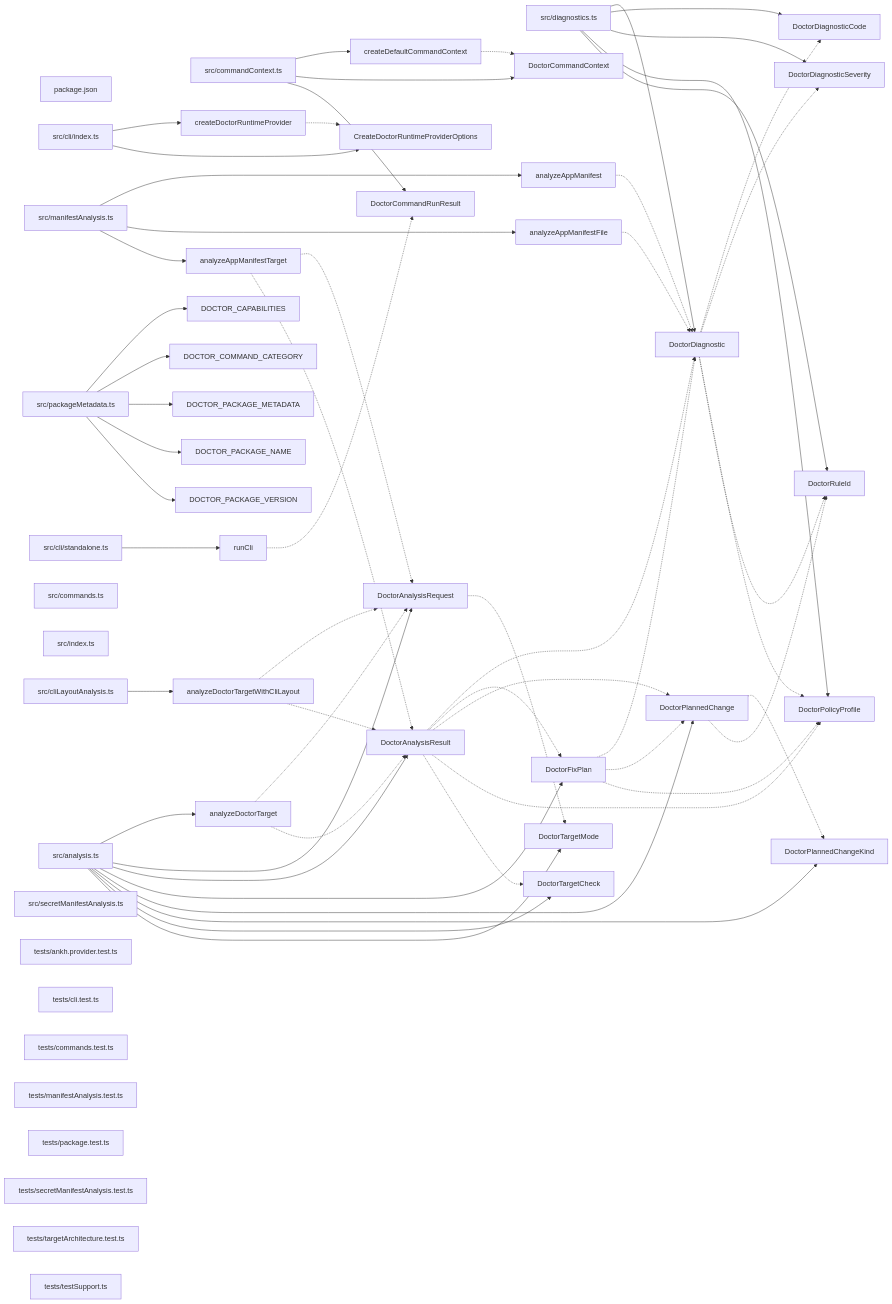
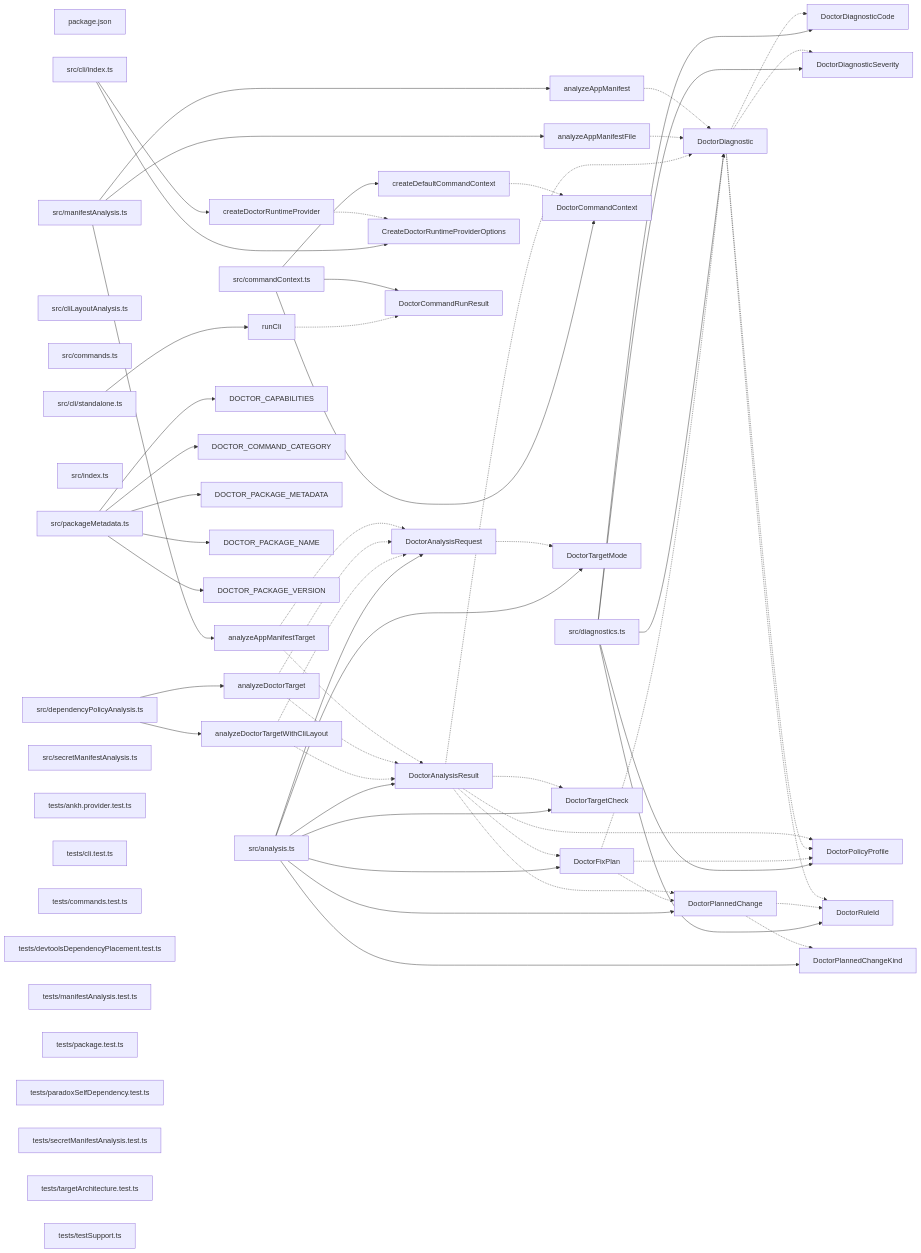
One commit to ankhorage/doctor changed the diagram in paradox/diagrams/export-graph.mmd. Above: the diagram before and after it, drawn with Mermaid. The commit also changed 9 other files, not shown here.

```diff
--- a/paradox/diagrams/export-graph.mmd
+++ b/paradox/diagrams/export-graph.mmd
@@ -1,103 +1,106 @@
 graph LR
   module_package_json["package.json"]
   module_src_analysis_ts["src/analysis.ts"]
   module_src_cli_index_ts["src/cli/index.ts"]
   module_src_cli_standalone_ts["src/cli/standalone.ts"]
   module_src_cliLayoutAnalysis_ts["src/cliLayoutAnalysis.ts"]
   module_src_commandContext_ts["src/commandContext.ts"]
   module_src_commands_ts["src/commands.ts"]
+  module_src_dependencyPolicyAnalysis_ts["src/dependencyPolicyAnalysis.ts"]
   module_src_diagnostics_ts["src/diagnostics.ts"]
   module_src_index_ts["src/index.ts"]
   module_src_manifestAnalysis_ts["src/manifestAnalysis.ts"]
   module_src_packageMetadata_ts["src/packageMetadata.ts"]
   module_src_secretManifestAnalysis_ts["src/secretManifestAnalysis.ts"]
   module_tests_ankh_provider_test_ts["tests/ankh.provider.test.ts"]
   module_tests_cli_test_ts["tests/cli.test.ts"]
   module_tests_commands_test_ts["tests/commands.test.ts"]
+  module_tests_devtoolsDependencyPlacement_test_ts["tests/devtoolsDependencyPlacement.test.ts"]
   module_tests_manifestAnalysis_test_ts["tests/manifestAnalysis.test.ts"]
   module_tests_package_test_ts["tests/package.test.ts"]
+  module_tests_paradoxSelfDependency_test_ts["tests/paradoxSelfDependency.test.ts"]
   module_tests_secretManifestAnalysis_test_ts["tests/secretManifestAnalysis.test.ts"]
   module_tests_targetArchitecture_test_ts["tests/targetArchitecture.test.ts"]
   module_tests_testSupport_ts["tests/testSupport.ts"]
   export_analyzeAppManifest["analyzeAppManifest"]
   module_src_manifestAnalysis_ts --> export_analyzeAppManifest
   export_analyzeAppManifest -.-> export_DoctorDiagnostic
   export_analyzeAppManifestFile["analyzeAppManifestFile"]
   module_src_manifestAnalysis_ts --> export_analyzeAppManifestFile
   export_analyzeAppManifestFile -.-> export_DoctorDiagnostic
   export_analyzeAppManifestTarget["analyzeAppManifestTarget"]
   module_src_manifestAnalysis_ts --> export_analyzeAppManifestTarget
   export_analyzeAppManifestTarget -.-> export_DoctorAnalysisRequest
   export_analyzeAppManifestTarget -.-> export_DoctorAnalysisResult
   export_analyzeDoctorTarget["analyzeDoctorTarget"]
-  module_src_analysis_ts --> export_analyzeDoctorTarget
+  module_src_dependencyPolicyAnalysis_ts --> export_analyzeDoctorTarget
   export_analyzeDoctorTarget -.-> export_DoctorAnalysisRequest
   export_analyzeDoctorTarget -.-> export_DoctorAnalysisResult
   export_analyzeDoctorTargetWithCliLayout["analyzeDoctorTargetWithCliLayout"]
-  module_src_cliLayoutAnalysis_ts --> export_analyzeDoctorTargetWithCliLayout
+  module_src_dependencyPolicyAnalysis_ts --> export_analyzeDoctorTargetWithCliLayout
   export_analyzeDoctorTargetWithCliLayout -.-> export_DoctorAnalysisRequest
   export_analyzeDoctorTargetWithCliLayout -.-> export_DoctorAnalysisResult
   export_createDefaultCommandContext["createDefaultCommandContext"]
   module_src_commandContext_ts --> export_createDefaultCommandContext
   export_createDefaultCommandContext -.-> export_DoctorCommandContext
   export_createDoctorRuntimeProvider["createDoctorRuntimeProvider"]
   module_src_cli_index_ts --> export_createDoctorRuntimeProvider
   export_createDoctorRuntimeProvider -.-> export_CreateDoctorRuntimeProviderOptions
   export_CreateDoctorRuntimeProviderOptions["CreateDoctorRuntimeProviderOptions"]
   module_src_cli_index_ts --> export_CreateDoctorRuntimeProviderOptions
   export_DOCTOR_CAPABILITIES["DOCTOR_CAPABILITIES"]
   module_src_packageMetadata_ts --> export_DOCTOR_CAPABILITIES
   export_DOCTOR_COMMAND_CATEGORY["DOCTOR_COMMAND_CATEGORY"]
   module_src_packageMetadata_ts --> export_DOCTOR_COMMAND_CATEGORY
   export_DOCTOR_PACKAGE_METADATA["DOCTOR_PACKAGE_METADATA"]
   module_src_packageMetadata_ts --> export_DOCTOR_PACKAGE_METADATA
   export_DOCTOR_PACKAGE_NAME["DOCTOR_PACKAGE_NAME"]
   module_src_packageMetadata_ts --> export_DOCTOR_PACKAGE_NAME
   export_DOCTOR_PACKAGE_VERSION["DOCTOR_PACKAGE_VERSION"]
   module_src_packageMetadata_ts --> export_DOCTOR_PACKAGE_VERSION
   export_DoctorAnalysisRequest["DoctorAnalysisRequest"]
   module_src_analysis_ts --> export_DoctorAnalysisRequest
   export_DoctorAnalysisRequest -.-> export_DoctorTargetMode
   export_DoctorAnalysisResult["DoctorAnalysisResult"]
   module_src_analysis_ts --> export_DoctorAnalysisResult
   export_DoctorAnalysisResult -.-> export_DoctorDiagnostic
   export_DoctorAnalysisResult -.-> export_DoctorFixPlan
   export_DoctorAnalysisResult -.-> export_DoctorPlannedChange
   export_DoctorAnalysisResult -.-> export_DoctorPolicyProfile
   export_DoctorAnalysisResult -.-> export_DoctorTargetCheck
   export_DoctorCommandContext["DoctorCommandContext"]
   module_src_commandContext_ts --> export_DoctorCommandContext
   export_DoctorCommandRunResult["DoctorCommandRunResult"]
   module_src_commandContext_ts --> export_DoctorCommandRunResult
   export_DoctorDiagnostic["DoctorDiagnostic"]
   module_src_diagnostics_ts --> export_DoctorDiagnostic
   export_DoctorDiagnostic -.-> export_DoctorDiagnosticCode
   export_DoctorDiagnostic -.-> export_DoctorDiagnosticSeverity
   export_DoctorDiagnostic -.-> export_DoctorPolicyProfile
   export_DoctorDiagnostic -.-> export_DoctorRuleId
   export_DoctorDiagnosticCode["DoctorDiagnosticCode"]
   module_src_diagnostics_ts --> export_DoctorDiagnosticCode
   export_DoctorDiagnosticSeverity["DoctorDiagnosticSeverity"]
   module_src_diagnostics_ts --> export_DoctorDiagnosticSeverity
   export_DoctorFixPlan["DoctorFixPlan"]
   module_src_analysis_ts --> export_DoctorFixPlan
   export_DoctorFixPlan -.-> export_DoctorDiagnostic
   export_DoctorFixPlan -.-> export_DoctorPlannedChange
   export_DoctorFixPlan -.-> export_DoctorPolicyProfile
   export_DoctorPlannedChange["DoctorPlannedChange"]
   module_src_analysis_ts --> export_DoctorPlannedChange
   export_DoctorPlannedChange -.-> export_DoctorPlannedChangeKind
   export_DoctorPlannedChange -.-> export_DoctorRuleId
   export_DoctorPlannedChangeKind["DoctorPlannedChangeKind"]
   module_src_analysis_ts --> export_DoctorPlannedChangeKind
   export_DoctorPolicyProfile["DoctorPolicyProfile"]
   module_src_diagnostics_ts --> export_DoctorPolicyProfile
   export_DoctorRuleId["DoctorRuleId"]
   module_src_diagnostics_ts --> export_DoctorRuleId
   export_DoctorTargetCheck["DoctorTargetCheck"]
   module_src_analysis_ts --> export_DoctorTargetCheck
   export_DoctorTargetMode["DoctorTargetMode"]
   module_src_analysis_ts --> export_DoctorTargetMode
   export_runCli["runCli"]
   module_src_cli_standalone_ts --> export_runCli
   export_runCli -.-> export_DoctorCommandRunResult
```
